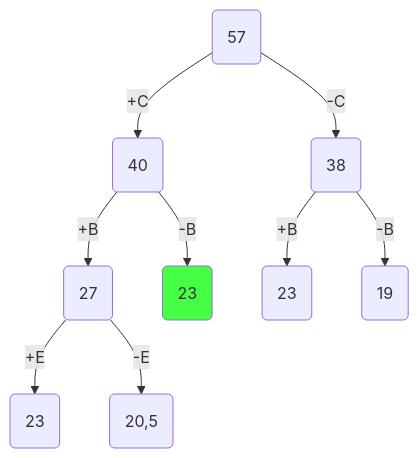
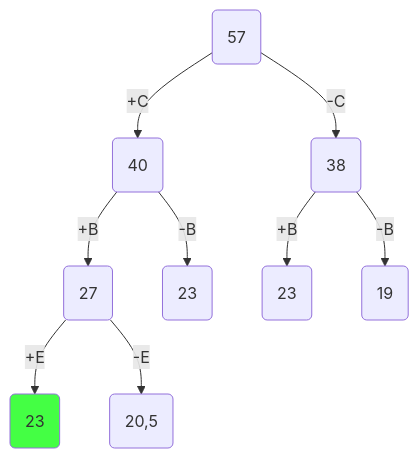
The fourth of 8 diagrams in Задание 12/crani.md (algos-ris-24-4/manual-tasks), drawn with Mermaid before and after one commit. The commit also changed other lines of this file, not shown here.

````diff
--- a/Задание 12/crani.md
+++ b/Задание 12/crani.md
@@ -133,22 +133,22 @@
 ```mermaid
 flowchart TD
 A(57)
 B(40)
 C(38)
 D(27)
 E(23)
 F(23)
 G(19)
 H(23)
 I(20,5)
 A -- +C--> B
 A -- -C--> C
 B -- +B--> D
 B -- -B--> E
 C -- +B--> F
 C -- -B--> G
 D -- +E--> H
 D -- -E--> I
 
-style E fill:#4f4f
+style H fill:#4f4f
 ```
````
